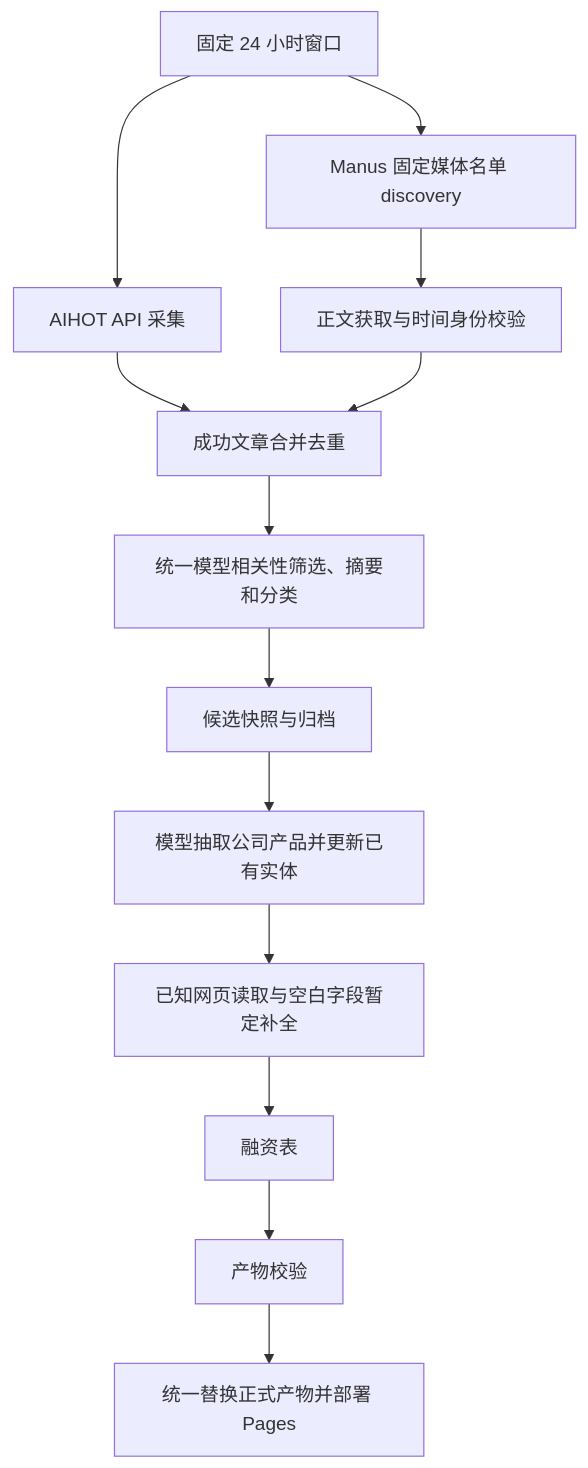
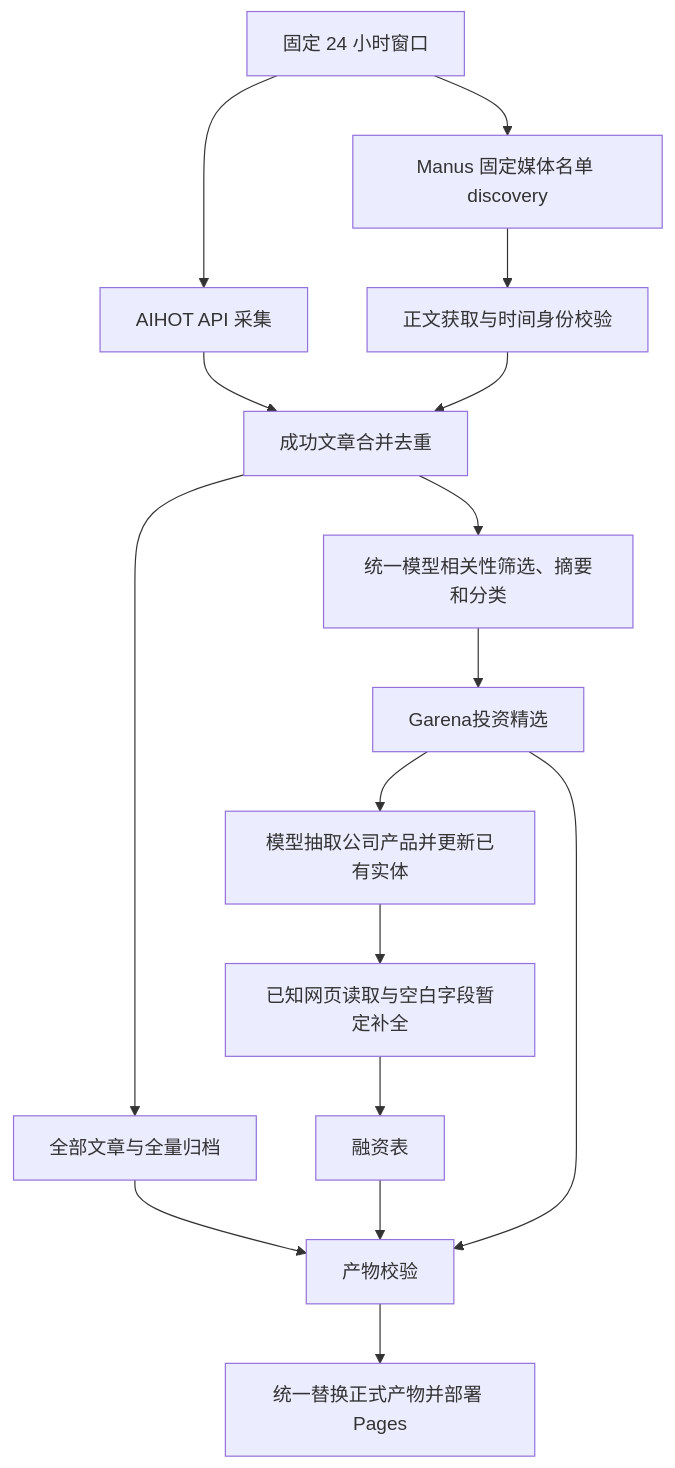
Before and after one commit to hfshooting-alt/AI-HOT: the diagram in docs/architecture/UNIFIED_NEWS_PIPELINE.md, drawn with Mermaid. The commit also changed other lines of this file and 38 other files, not shown here.

````diff
--- a/docs/architecture/UNIFIED_NEWS_PIPELINE.md
+++ b/docs/architecture/UNIFIED_NEWS_PIPELINE.md
@@ -17,15 +29,18 @@
 ```mermaid
 flowchart TD
     Start[固定 24 小时窗口] --> AIHOT[AIHOT API 采集]
     Start --> Manus[Manus 固定媒体名单 discovery]
     Manus --> Body[正文获取与时间身份校验]
     AIHOT --> Pool[成功文章合并去重]
     Body --> Pool
+    Pool --> All[全部文章与全量归档]
     Pool --> News[统一模型相关性筛选、摘要和分类]
-    News --> Snapshot[候选快照与归档]
-    Snapshot --> Companies[模型抽取公司产品并更新已有实体]
+    News --> Selected[Garena投资精选]
+    Selected --> Companies[模型抽取公司产品并更新已有实体]
     Companies --> Research[已知网页读取与空白字段暂定补全]
     Research --> Funding[融资表]
     Funding --> Gate[产物校验]
+    All --> Gate
+    Selected --> Gate
     Gate --> Publish[统一替换正式产物并部署 Pages]
 ```
````
